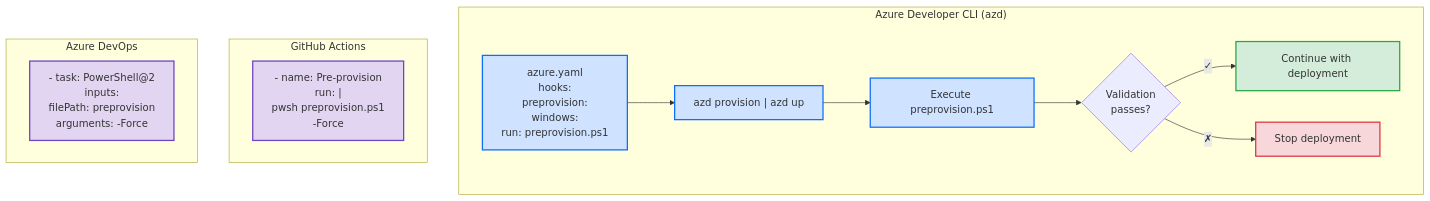
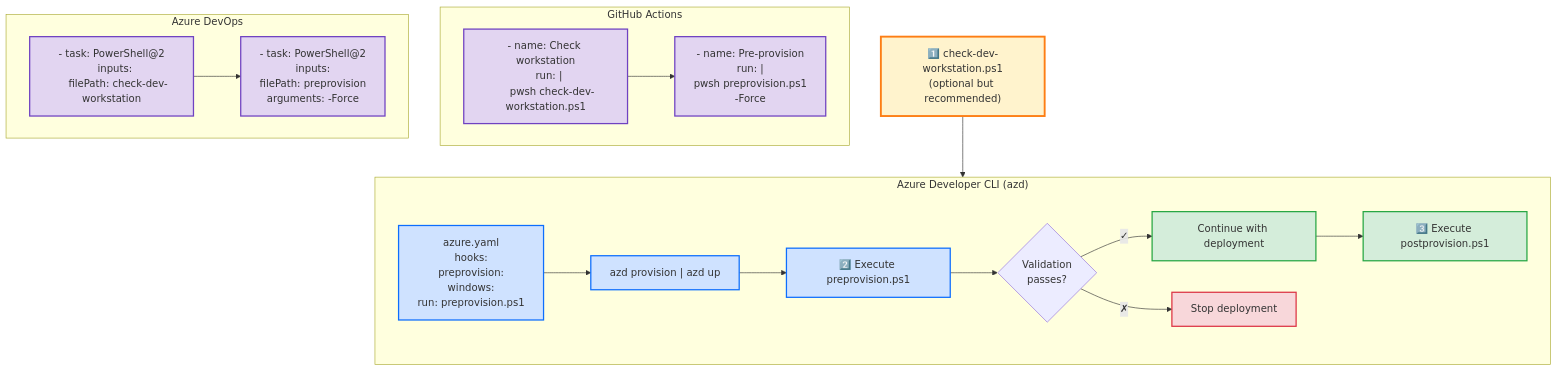
Before and after one commit to Evilazaro/Azure-LogicApps-Monitoring: the fourth of 4 diagrams in hooks/VALIDATION-WORKFLOW.md, drawn with Mermaid. The commit also changed other lines of this file and 8 other files, not shown here.

````diff
--- a/hooks/VALIDATION-WORKFLOW.md
+++ b/hooks/VALIDATION-WORKFLOW.md
@@ -105,29 +112,39 @@
 ```mermaid
 flowchart TD
+    CheckDev["1️⃣ check-dev-workstation.ps1<br/>(optional but recommended)"]
+    CheckDev --> AZD
+    
     subgraph AZD["Azure Developer CLI (azd)"]
         AzdYaml["azure.yaml<br/>hooks:<br/>  preprovision:<br/>    windows:<br/>      run: preprovision.ps1"]
         AzdYaml --> AzdCmd["azd provision | azd up"]
-        AzdCmd --> Execute["Execute preprovision.ps1"]
+        AzdCmd --> Execute["2️⃣ Execute preprovision.ps1"]
         Execute --> Validate{Validation<br/>passes?}
         Validate -->|✓| Deploy["Continue with deployment"]
+        Deploy --> Post["3️⃣ Execute postprovision.ps1"]
         Validate -->|✗| Stop["Stop deployment"]
     end
     
     subgraph GitHub["GitHub Actions"]
-        GHAction["- name: Pre-provision<br/>  run: |<br/>    pwsh preprovision.ps1<br/>    -Force"]
+        GHAction1["- name: Check workstation<br/>  run: |<br/>    pwsh check-dev-workstation.ps1"]
+        GHAction2["- name: Pre-provision<br/>  run: |<br/>    pwsh preprovision.ps1<br/>    -Force"]
+        GHAction1 --> GHAction2
     end
     
     subgraph AzureDevOps["Azure DevOps"]
-        ADOTask["- task: PowerShell@2<br/>  inputs:<br/>    filePath: preprovision<br/>    arguments: -Force"]
+        ADOTask1["- task: PowerShell@2<br/>  inputs:<br/>    filePath: check-dev-workstation"]
+        ADOTask2["- task: PowerShell@2<br/>  inputs:<br/>    filePath: preprovision<br/>    arguments: -Force"]
+        ADOTask1 --> ADOTask2
     end
     
+    classDef devClass fill:#fff3cd,stroke:#fd7e14,stroke-width:3px
     classDef azdClass fill:#cfe2ff,stroke:#0d6efd,stroke-width:2px
     classDef ciClass fill:#e2d5f1,stroke:#6f42c1,stroke-width:2px
     classDef successClass fill:#d4edda,stroke:#28a745,stroke-width:2px
     classDef failClass fill:#f8d7da,stroke:#dc3545,stroke-width:2px
     
+    class CheckDev devClass
     class AzdYaml,AzdCmd,Execute azdClass
-    class GHAction,ADOTask ciClass
-    class Deploy successClass
+    class GHAction1,GHAction2,ADOTask1,ADOTask2 ciClass
+    class Deploy,Post successClass
     class Stop failClass
 ```
````
